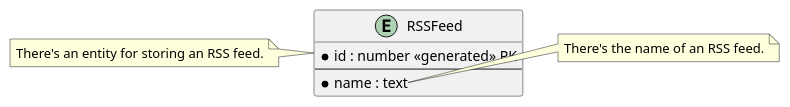
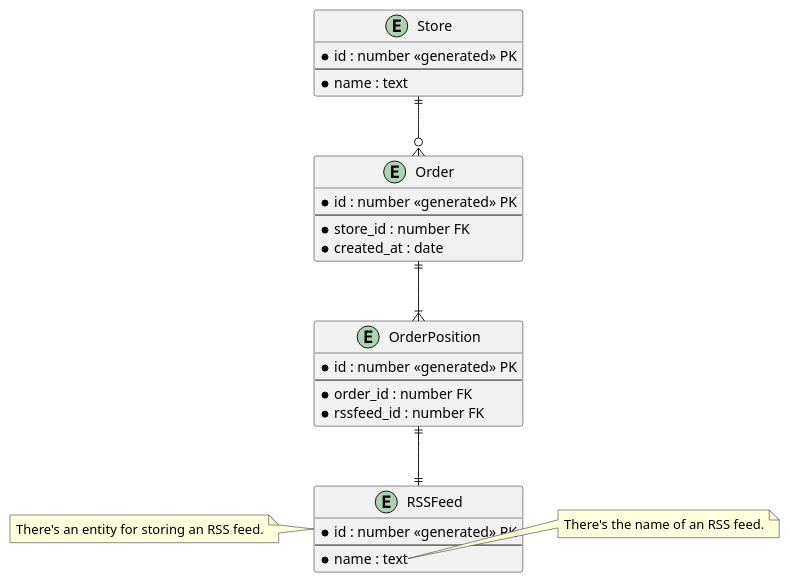
Before and after one commit to sergeychibunin/jProject63452: the diagram in assets/db.puml, drawn with PlantUML. The commit also changed 3 other files, not shown here.

Commit message:
Update the DB diagram. Configure the data.sql file

```diff
--- a/assets/db.puml
+++ b/assets/db.puml
@@ -1,15 +1,39 @@
 @startuml
 
 entity RSSFeed {
     * id : number <<generated>> PK
     --
     * name : text
 }
 note left
     There's an entity for storing an RSS feed.
 end note
 note right of RSSFeed::name
     There's the name of an RSS feed.
 end note
 
+entity Store {
+    * id : number <<generated>> PK
+    --
+    * name : text
+}
+
+entity Order {
+    * id : number <<generated>> PK
+    --
+    * store_id : number FK
+    * created_at : date
+}
+
+entity OrderPosition {
+    * id : number <<generated>> PK
+    --
+    * order_id : number FK
+    * rssfeed_id : number FK
+}
+
+Store ||--o{ Order
+Order ||--|{ OrderPosition
+OrderPosition ||--|| RSSFeed
+
 @enduml
```
